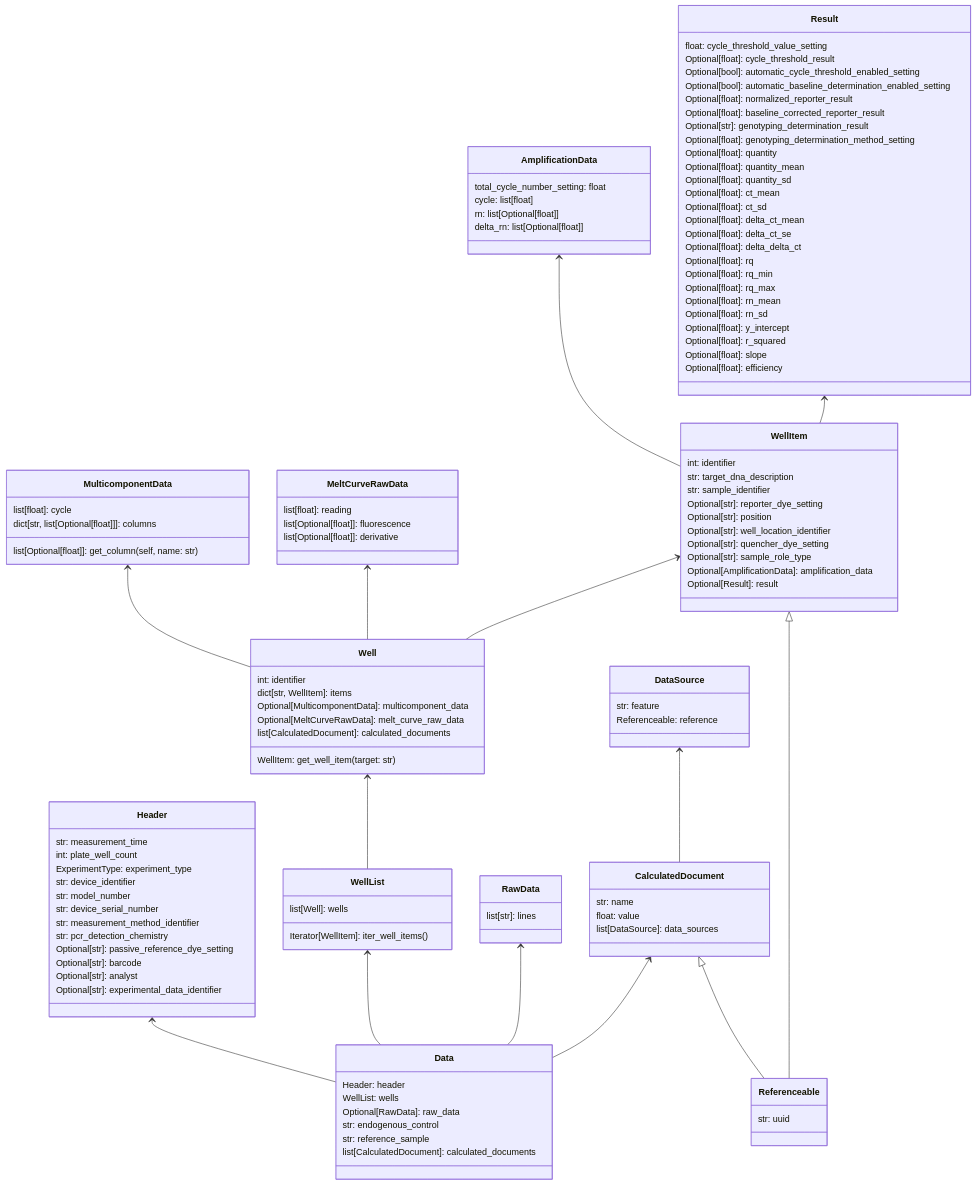
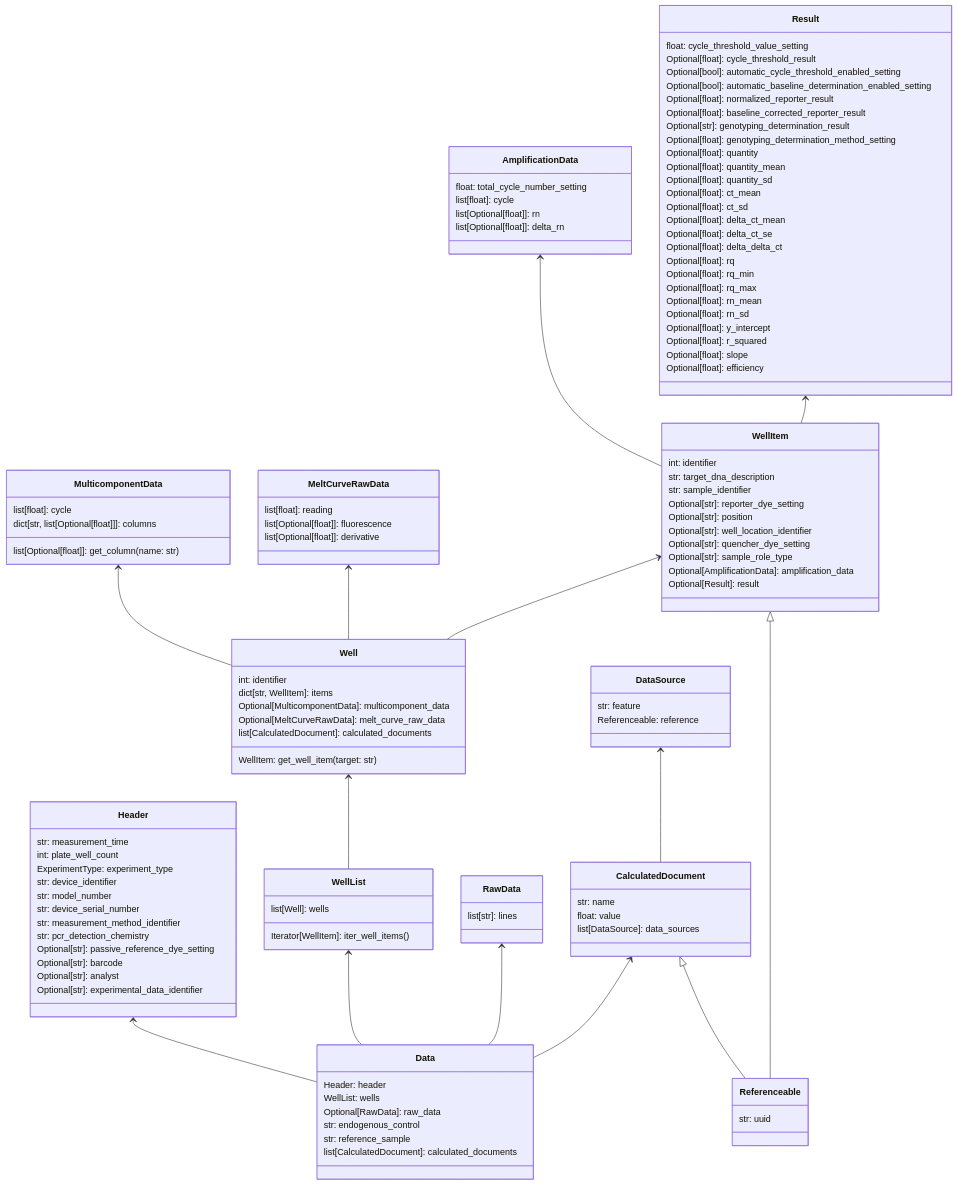
The diagram in src/allotropy/parsers/appbio_quantstudio/README.md (Benchling-Open-Source/allotropy), drawn with Mermaid before and after one commit.

Commit message:
fix bad formating in AmplificationData definition in quantstudio readme

```diff
--- a/src/allotropy/parsers/appbio_quantstudio/README.md
+++ b/src/allotropy/parsers/appbio_quantstudio/README.md
@@ -39,7 +39,7 @@
     class MulticomponentData {
         list[float]: cycle
         dict[str, list[Optional[float]]]: columns
-        list[Optional[float]]: get_column(self, name: str)
+        list[Optional[float]]: get_column(name: str)
     }
     class MeltCurveRawData {
         list[float]: reading
@@ -59,10 +59,10 @@
         Optional[Result]: result
     }
     class AmplificationData {
-    total_cycle_number_setting: float
-    cycle: list[float]
-    rn: list[Optional[float]]
-    delta_rn: list[Optional[float]]
+        float: total_cycle_number_setting
+        list[float]: cycle
+        list[Optional[float]]: rn
+        list[Optional[float]]: delta_rn
     }
     class Result {
         float: cycle_threshold_value_setting
```
